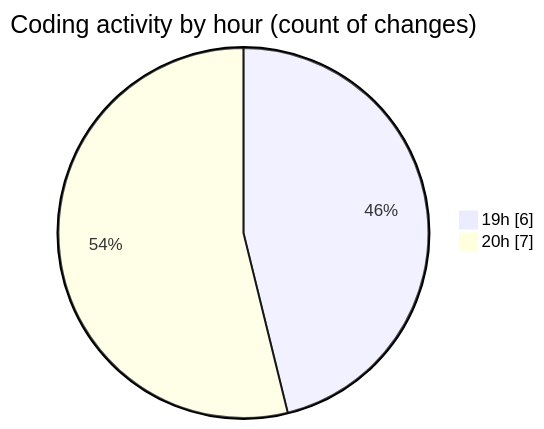
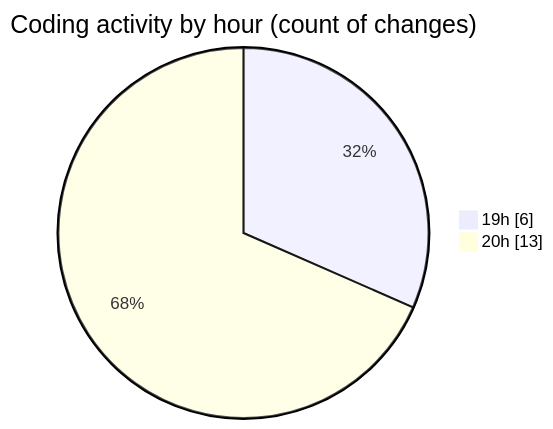
The second of 2 diagrams in 2025-04-23/heypy/README.md (Elitesun/code-tracking), drawn with Mermaid before and after one commit. The commit also changed other lines of this file and 1 other file, not shown here.

````diff
--- a/2025-04-23/heypy/README.md
+++ b/2025-04-23/heypy/README.md
@@ -37,6 +37,6 @@
 ```mermaid
 pie showData
 title Coding activity by hour (count of changes)
 "19h" : 6
-"20h" : 7
+"20h" : 13
 ```
````
